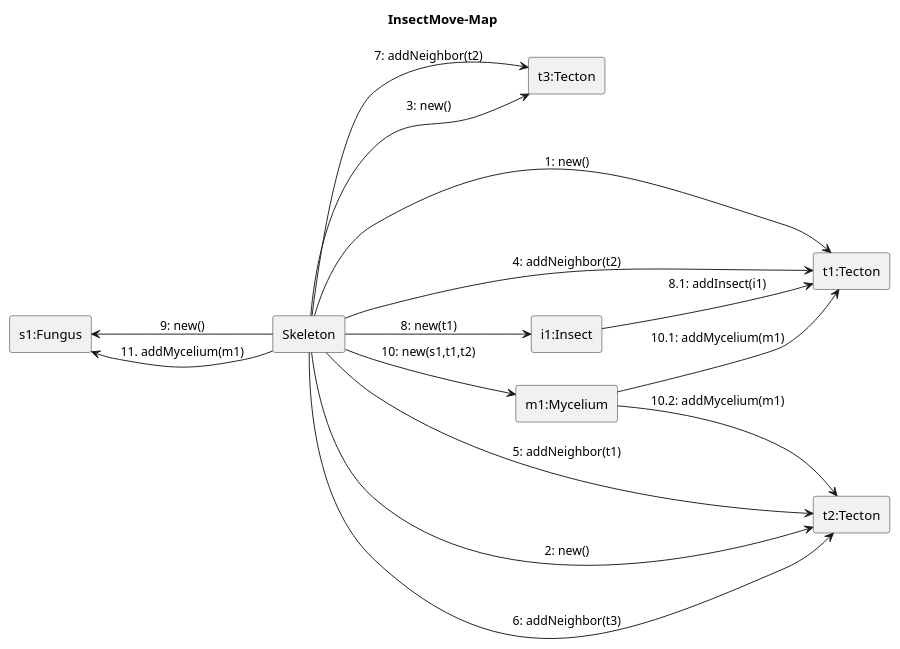
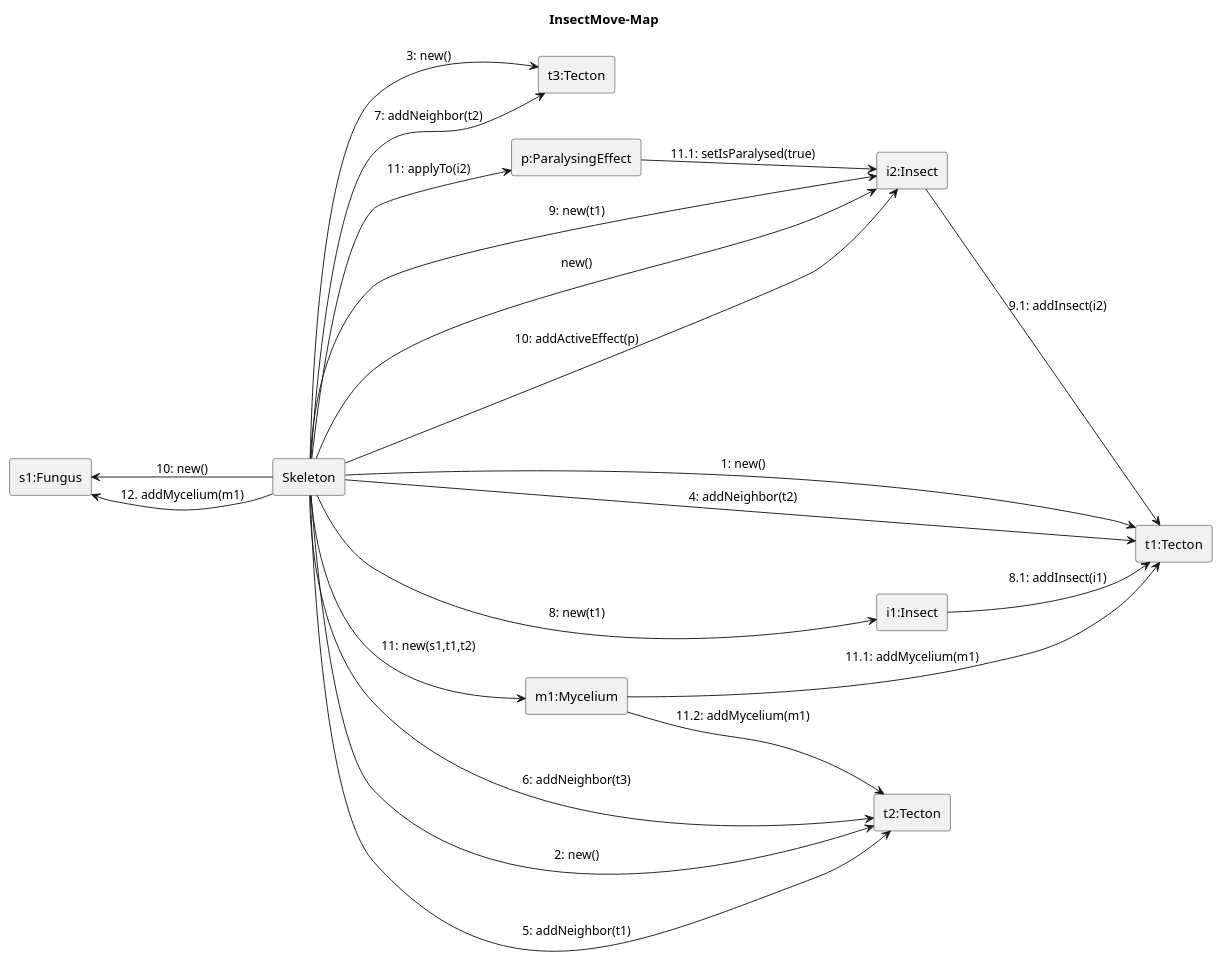
Before and after one commit to ZD4ve/projlab-error521: the diagram in Skeleton/Insect-move/map.pu, drawn with PlantUML. The commit also changed 2 other files, not shown here.

```diff
--- a/Skeleton/Insect-move/map.pu
+++ b/Skeleton/Insect-move/map.pu
@@ -1,31 +1,45 @@
 @startuml Insect-move/map 
 skinparam linestyle ortho
 left to right direction
 title InsectMove-Map
 
 rectangle Skeleton
 
 rectangle "s1:Fungus" as s1
 rectangle "m1:Mycelium" as m1
 rectangle "t1:Tecton" as t1
 rectangle "t2:Tecton" as t2
 rectangle "t3:Tecton" as t3
 rectangle "i1:Insect" as i1
+together{
+    rectangle "i2:Insect" as i2
+    rectangle "p:ParalysingEffect" as p
+}
 
 Skeleton --> t1: 1: new()
-Skeleton --> t2: 2: new()
+Skeleton -down-> t2: 2: new()
 Skeleton -up-> t3: 3: new()
 Skeleton --> t1: 4: addNeighbor(t2)
 Skeleton --> t2: 5: addNeighbor(t1)
 Skeleton --> t2: 6: addNeighbor(t3)
 Skeleton --> t3: 7: addNeighbor(t2)
+
 Skeleton --> i1: 8: new(t1)
 i1 --> t1 : 8.1: addInsect(i1)
-Skeleton -left-> s1: 9: new()
-Skeleton --> m1: 10: new(s1,t1,t2)
-m1 --> t1 : 10.1: addMycelium(m1)
-m1 --> t2 : 10.2: addMycelium(m1)
-Skeleton --> s1: 11. addMycelium(m1)
+Skeleton --> i2: 9: new(t1)
+i2 --> t1 : 9.1: addInsect(i2)
+'TODO
+Skeleton --> i2: new()
+Skeleton --> i2: 10: addActiveEffect(p)
+Skeleton --> p : 11: applyTo(i2)
+p --> i2 : 11.1: setIsParalysed(true)
+
+
+Skeleton -left-> s1: 10: new()
+Skeleton --> m1: 11: new(s1,t1,t2)
+m1 --> t1 : 11.1: addMycelium(m1)
+m1 --> t2 : 11.2: addMycelium(m1)
+Skeleton --> s1: 12. addMycelium(m1)
 
 
 @enduml
```
